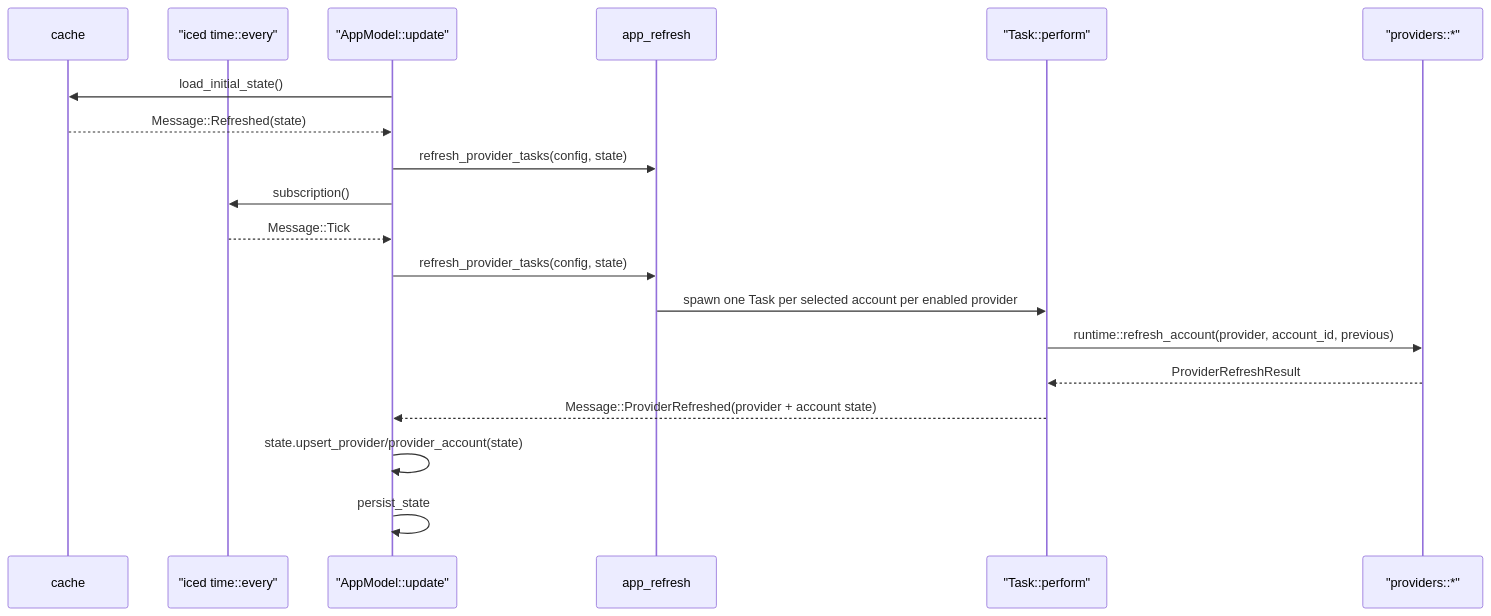
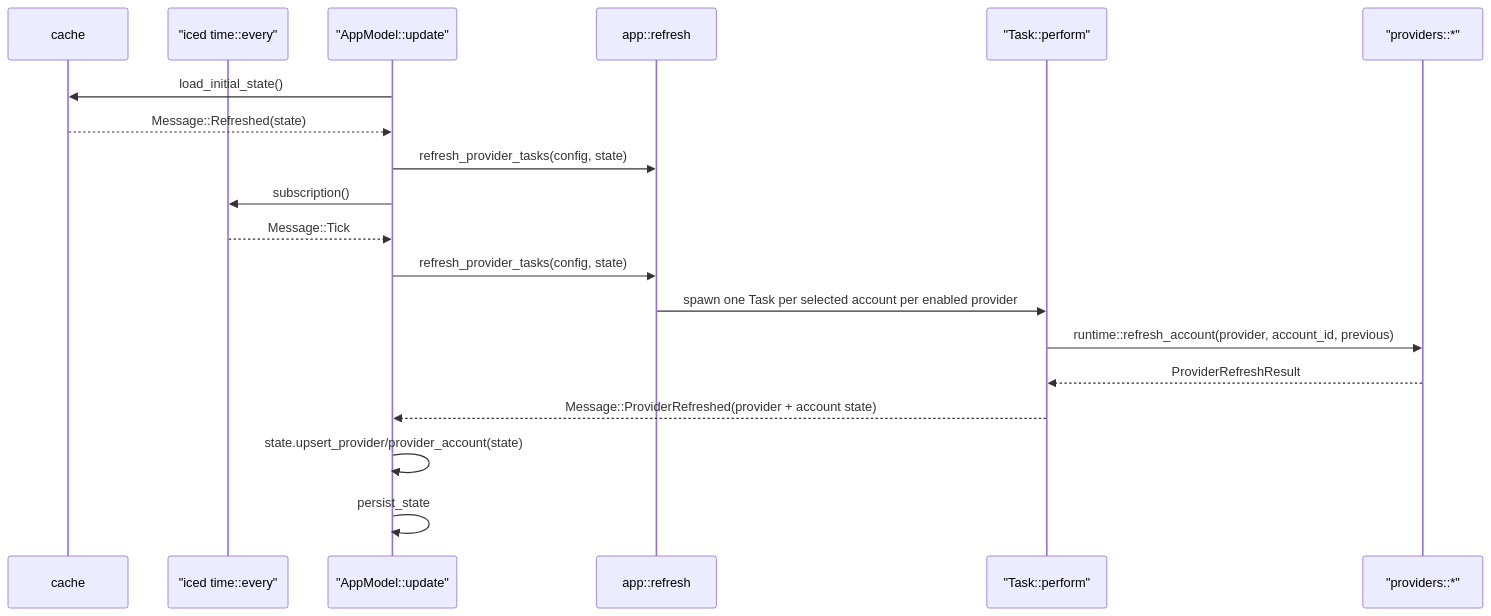
Before and after one commit to TopiCsarno/yapcap: the second of 2 diagrams in docs/spec.md, drawn with Mermaid. The commit also changed other lines of this file and 50 other files, not shown here.

````diff
--- a/docs/spec.md
+++ b/docs/spec.md
@@ -114,21 +110,21 @@
 ```mermaid
 sequenceDiagram
     participant Cache as cache
     participant Timer as "iced time::every"
     participant App as "AppModel::update"
-    participant Refresh as app_refresh
+    participant Refresh as app::refresh
     participant Task as "Task::perform"
     participant Provider as "providers::*"
     App->>Cache: load_initial_state()
     Cache-->>App: Message::Refreshed(state)
     App->>Refresh: refresh_provider_tasks(config, state)
     App->>Timer: subscription()
     Timer-->>App: Message::Tick
     App->>Refresh: refresh_provider_tasks(config, state)
     Refresh->>Task: spawn one Task per selected account per enabled provider
     Task->>Provider: runtime::refresh_account(provider, account_id, previous)
     Provider-->>Task: ProviderRefreshResult
     Task-->>App: Message::ProviderRefreshed(provider + account state)
     App->>App: state.upsert_provider/provider_account(state)
     App->>App: persist_state
 ```
````
